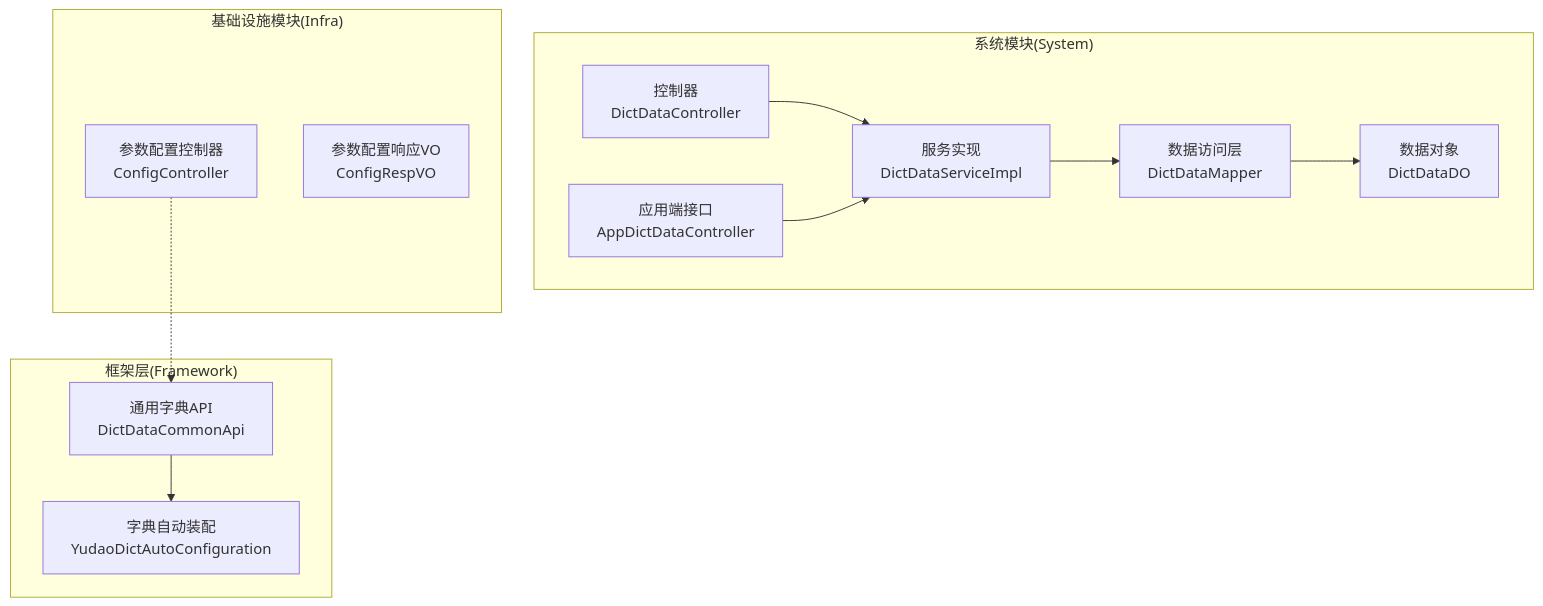
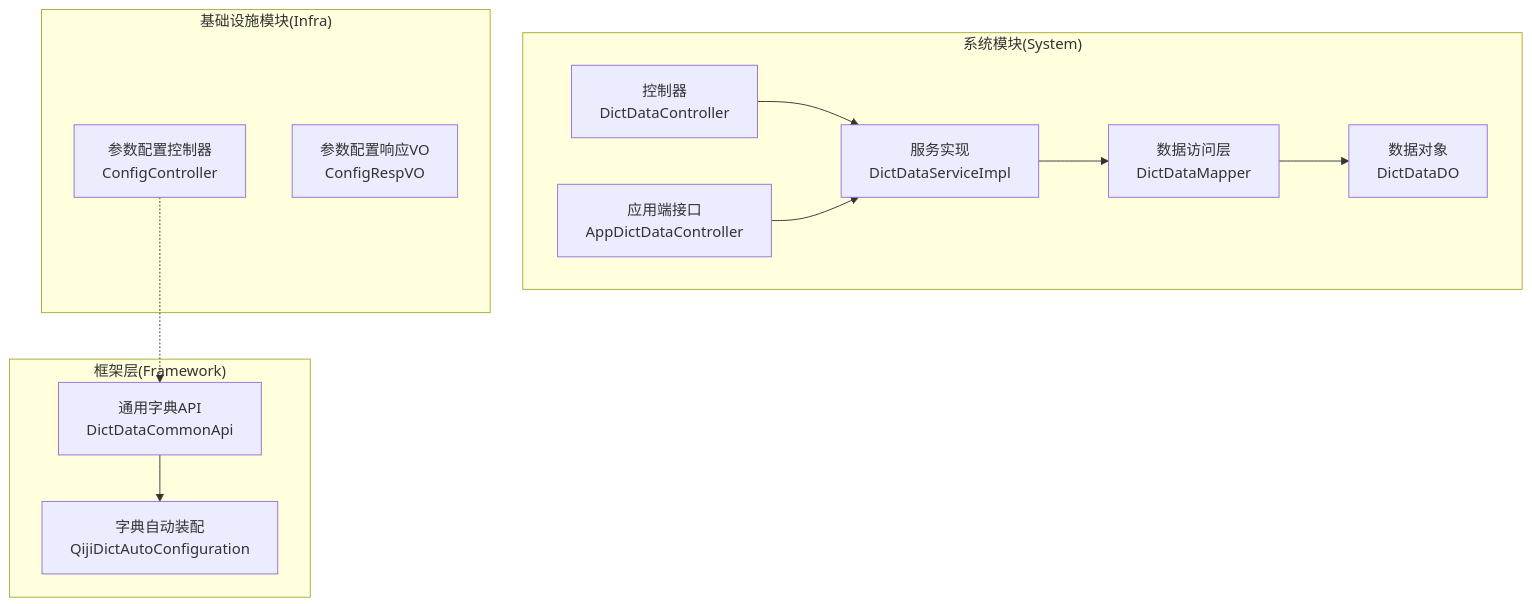
One commit to zhuangpengLI/AgenticCPS changed the first of 6 diagrams in backend/.qoder/repowiki/zh/content/核心业务模块/系统管理模块/字典配置管理.md. Above: the diagram before and after it, drawn with Mermaid. The commit also changed other lines of this file and 3489 other files, not shown here.

````diff
--- a/backend/.qoder/repowiki/zh/content/核心业务模块/系统管理模块/字典配置管理.md
+++ b/backend/.qoder/repowiki/zh/content/核心业务模块/系统管理模块/字典配置管理.md
@@ -48,24 +48,24 @@
 ```mermaid
 graph TB
 subgraph "系统模块(System)"
 A["控制器<br/>DictDataController"]
 B["服务实现<br/>DictDataServiceImpl"]
 C["数据访问层<br/>DictDataMapper"]
 D["数据对象<br/>DictDataDO"]
 E["应用端接口<br/>AppDictDataController"]
 end
 subgraph "框架层(Framework)"
 F["通用字典API<br/>DictDataCommonApi"]
-G["字典自动装配<br/>YudaoDictAutoConfiguration"]
+G["字典自动装配<br/>QijiDictAutoConfiguration"]
 end
 subgraph "基础设施模块(Infra)"
 H["参数配置控制器<br/>ConfigController"]
 I["参数配置响应VO<br/>ConfigRespVO"]
 end
 A --> B
 B --> C
 C --> D
 E --> B
 F --> G
 H -.-> F
 ```
````
